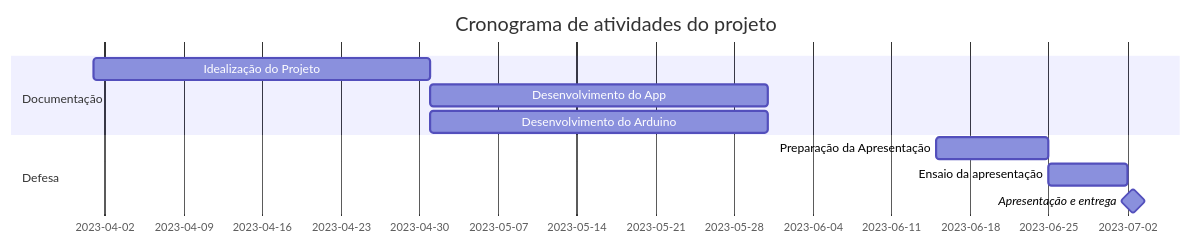
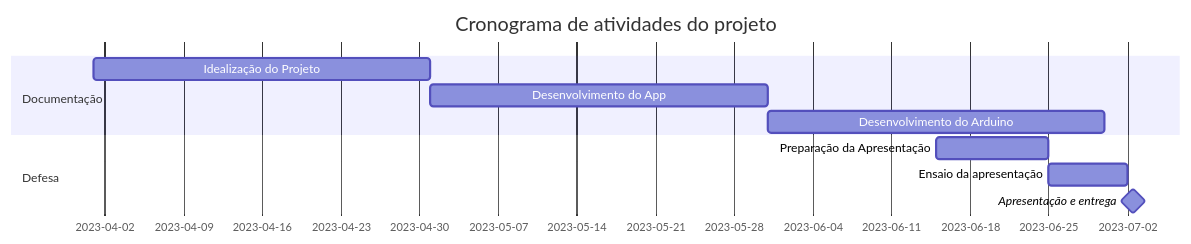
The diagram in README.md (JVictor1012/Plant-Care-Projeto-Integrador), drawn with Mermaid before and after one commit.

````diff
--- a/README.md
+++ b/README.md
@@ -6,18 +6,18 @@
 ```mermaid
     gantt
     title Cronograma de atividades do projeto
     dateFormat  YYYY-MM-DD
     section Documentação 
     Idealização do Projeto      :a1, 2023-04-01, 30d
     Desenvolvimento do App   :a2, after a1  , 30d
-    Desenvolvimento do Arduino   :a3, after a1  , 30d
+    Desenvolvimento do Arduino   :a3, after a2  , 30d
     
     
     
   
     
     section Defesa
     Preparação da Apresentação :p1, 2023-06-15, 10d
     Ensaio da apresentação :p2, after p1, 7d
     Apresentação e entrega  :milestone, after p2, 1d
 ```
````
